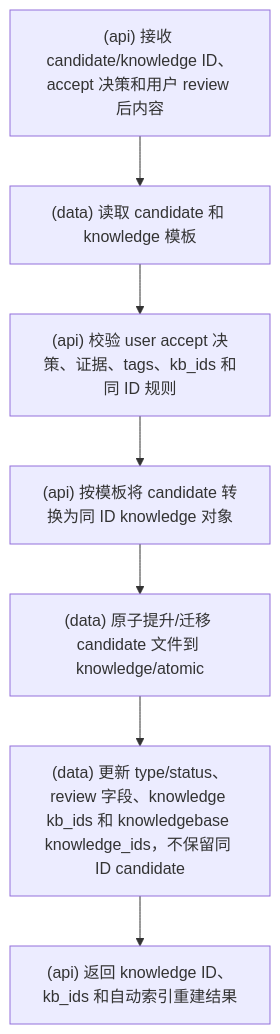
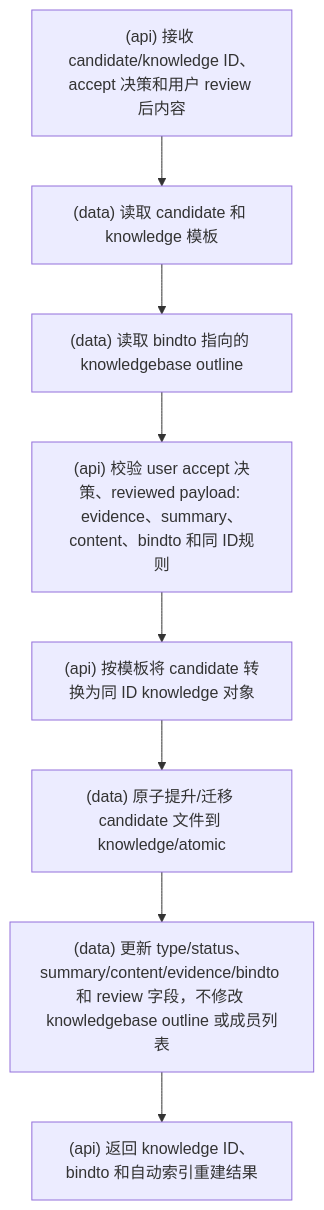
Before and after one commit to srangerme/KBManager: the eighth of 19 diagrams in docs/流程图.md, drawn with Mermaid. The commit also changed other lines of this file and 27 other files, not shown here.

````diff
--- a/docs/流程图.md
+++ b/docs/流程图.md
@@ -95,9 +121,10 @@
 ```mermaid
 flowchart TD
   A["(api) 接收 candidate/knowledge ID、accept 决策和用户 review 后内容"] --> B["(data) 读取 candidate 和 knowledge 模板"]
-  B --> C["(api) 校验 user accept 决策、证据、tags、kb_ids 和同 ID 规则"]
-  C --> H["(api) 按模板将 candidate 转换为同 ID knowledge 对象"]
+  B --> C["(data) 读取 bindto 指向的 knowledgebase outline"]
+  C --> D["(api) 校验 user accept 决策、reviewed payload: evidence、summary、content、bindto 和同 ID规则"]
+  D --> H["(api) 按模板将 candidate 转换为同 ID knowledge 对象"]
   H --> I["(data) 原子提升/迁移 candidate 文件到 knowledge/atomic"]
-  I --> J["(data) 更新 type/status、review 字段、knowledge kb_ids 和 knowledgebase knowledge_ids，不保留同 ID candidate"]
-  J --> K["(api) 返回 knowledge ID、kb_ids 和自动索引重建结果"]
+  I --> J["(data) 更新 type/status、summary/content/evidence/bindto 和 review 字段，不修改 knowledgebase outline 或成员列表"]
+  J --> K["(api) 返回 knowledge ID、bindto 和自动索引重建结果"]
 ```
````
